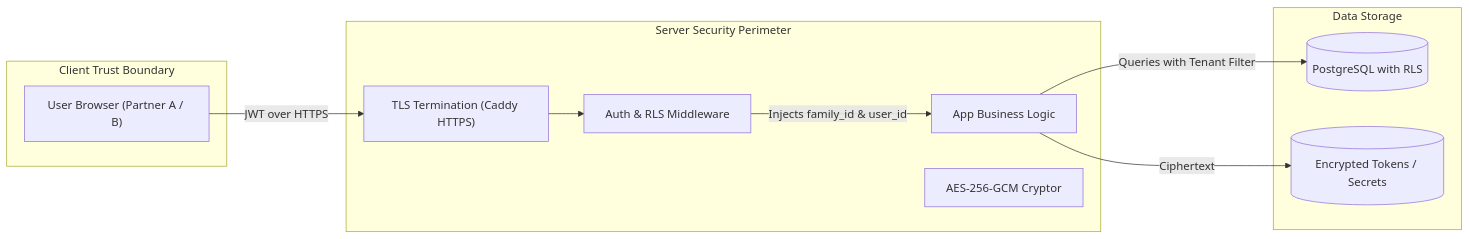
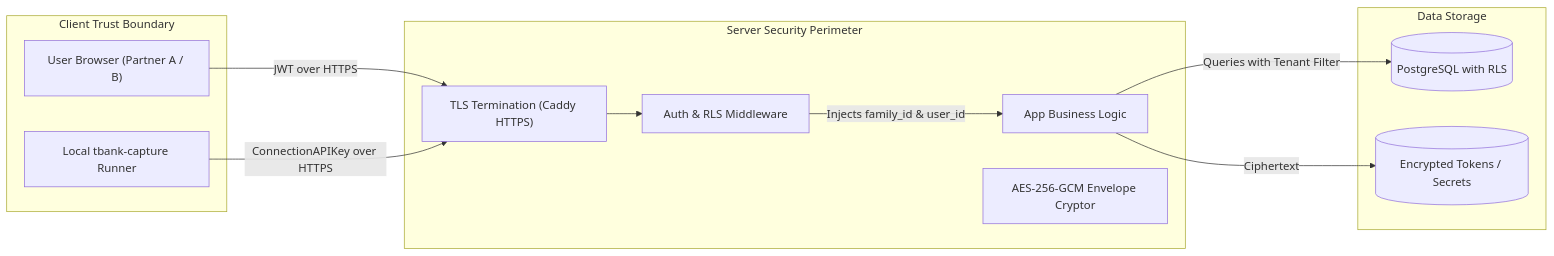
Before and after one commit to khaliullov/family-finance: the third of 3 diagrams in architecture.md, drawn with Mermaid. The commit also changed other lines of this file and 5 other files, not shown here.

````diff
--- a/architecture.md
+++ b/architecture.md
@@ -226,24 +133,26 @@
 ```mermaid
 graph LR
     subgraph Client_Trust_Boundary ["Client Trust Boundary"]
         Browser["User Browser (Partner A / B)"]
+        Sidecar["Local tbank-capture Runner"]
     end
 
     subgraph Server_Boundary ["Server Security Perimeter"]
         TLS["TLS Termination (Caddy HTTPS)"]
         AuthMiddleware["Auth & RLS Middleware"]
         App["App Business Logic"]
-        Enc["AES-256-GCM Cryptor"]
+        Enc["AES-256-GCM Envelope Cryptor"]
     end
 
     subgraph Data_Perimeter ["Data Storage"]
         DB[(PostgreSQL with RLS)]
         Vault[(Encrypted Tokens / Secrets)]
     end
 
     Browser -->|JWT over HTTPS| TLS
+    Sidecar -->|ConnectionAPIKey over HTTPS| TLS
     TLS --> AuthMiddleware
     AuthMiddleware -->|Injects family_id & user_id| App
     App -->|Ciphertext| Vault
     App -->|Queries with Tenant Filter| DB
 ```
````
